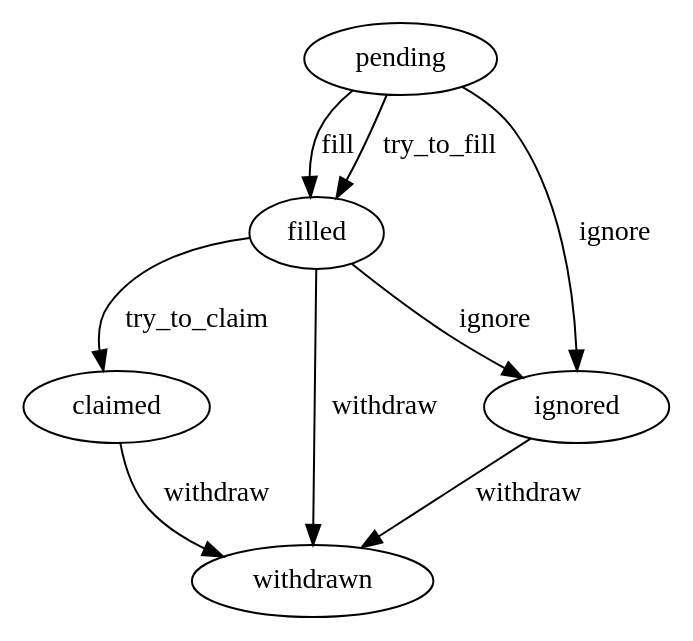
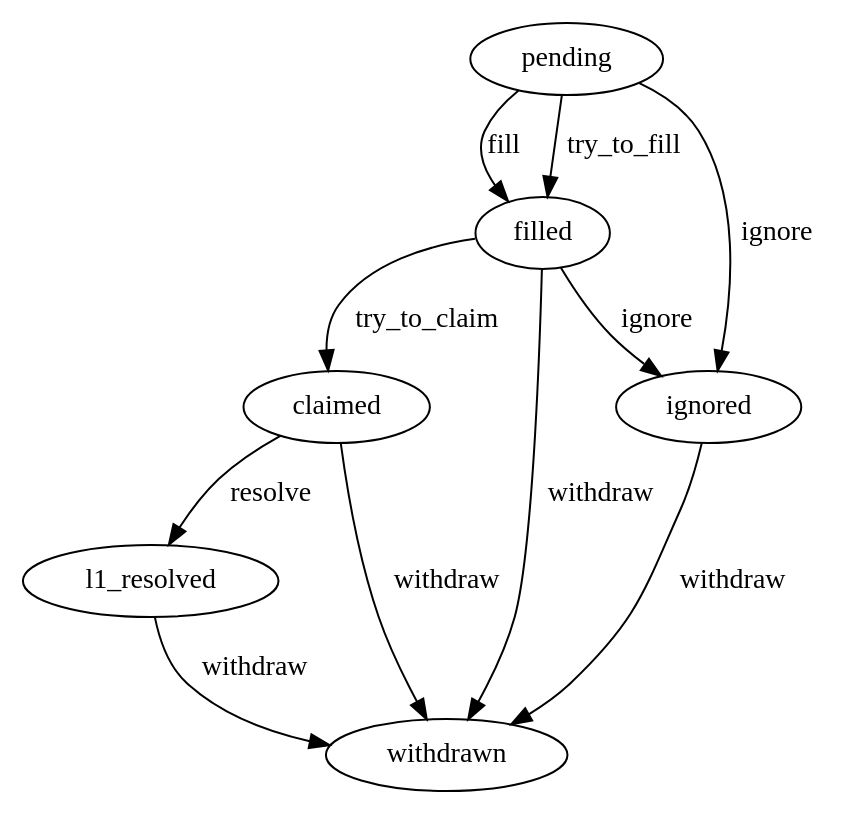
One commit to beamer-bridge/beamer changed the diagram in docs/source/request_state_machine.dot. Above: the diagram before and after it, drawn with Graphviz. The commit also changed 3 other files, not shown here.

```diff
--- a/docs/source/request_state_machine.dot
+++ b/docs/source/request_state_machine.dot
@@ -1,12 +1,14 @@
 digraph request_state_machine {
-    node [] pending, filled, claimed, withdrawn, ignored;
+    node [] pending, filled, claimed, l1_resolved, withdrawn, ignored;
 
     pending -> filled [label = fill];
     pending -> filled [label = try_to_fill];
     pending -> ignored [label = ignore];
     filled -> claimed [label = try_to_claim];
     claimed -> withdrawn [label = withdraw];
+    claimed -> l1_resolved [label = resolve];
+    l1_resolved -> withdrawn [label = withdraw];
     filled -> withdrawn [label = withdraw];
     filled -> ignored [label = ignore];
     ignored -> withdrawn [label = withdraw];
 }
```
